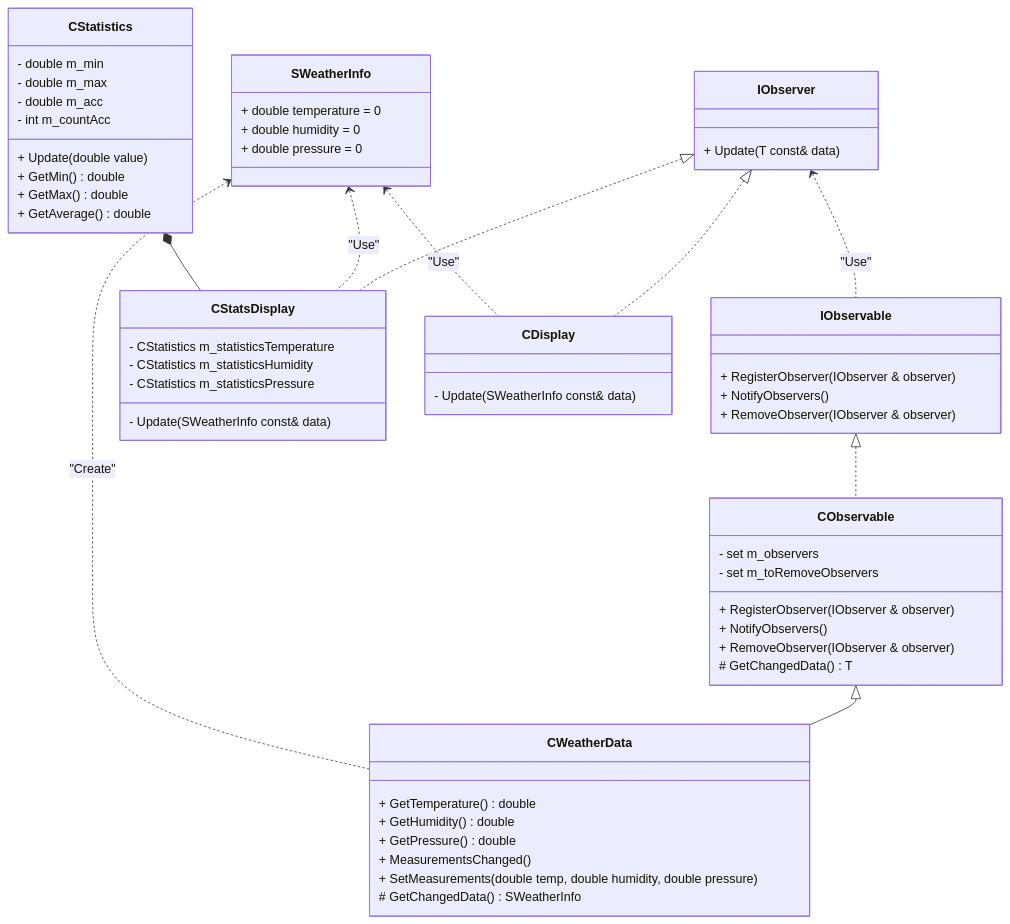
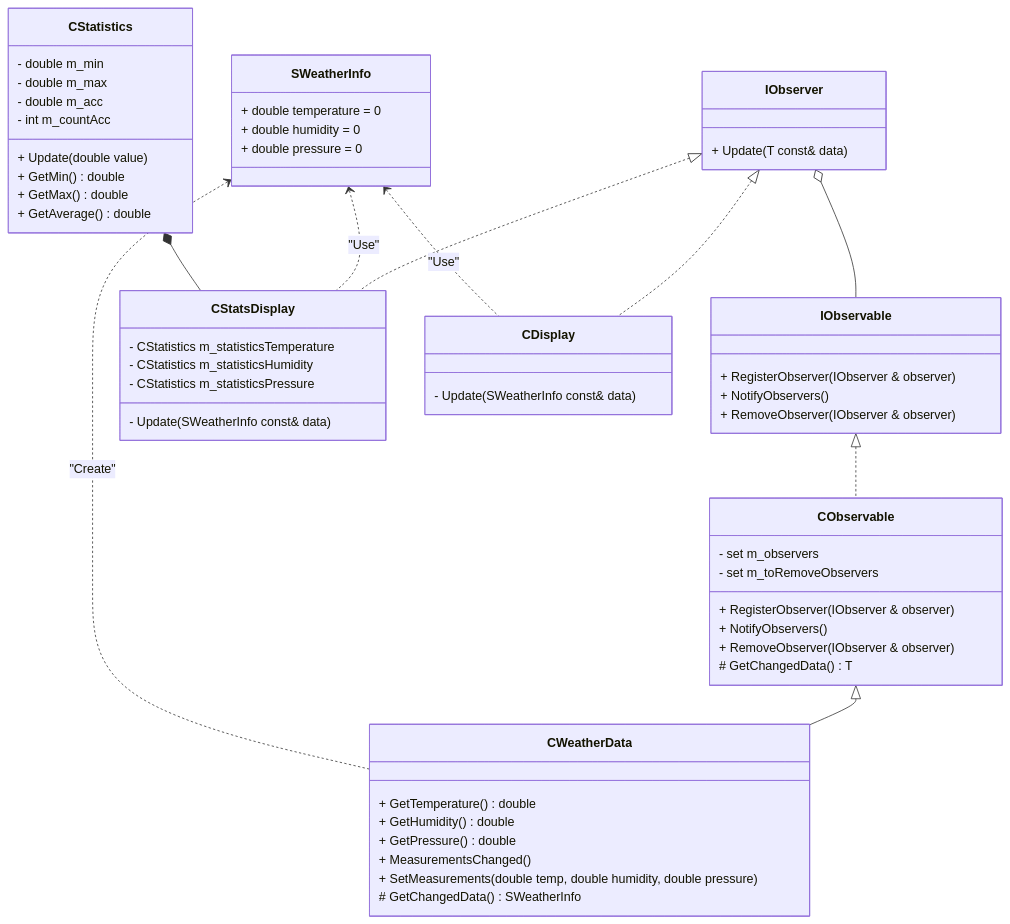
Before and after one commit to 555Jeka555/OOD-labs: the second of 3 diagrams in lab2/1/docs.md, drawn with Mermaid. The commit also changed other lines of this file, not shown here.

````diff
--- a/lab2/1/docs.md
+++ b/lab2/1/docs.md
@@ -73,73 +73,73 @@
 ```mermaid
 classDiagram
-    IObserver <.. IObservable  : "Use"
+    IObserver o-- IObservable
     IObservable <|.. CObservable 
 
     CObservable <|-- CWeatherData
     SWeatherInfo <.. CWeatherData : "Create"
 
     IObserver <|.. CStatsDisplay
     IObserver <|.. CDisplay
 
     SWeatherInfo <.. CStatsDisplay : "Use"
     SWeatherInfo <.. CDisplay : "Use"
 
     CStatistics *-- CStatsDisplay
 
     class IObserver {
         + Update(T const& data)
     }
 
     class IObservable {
         + RegisterObserver(IObserver<T> & observer)
         + NotifyObservers()
         + RemoveObserver(IObserver<T> & observer)
     }
 
     class CObservable {
         - set<ObserverType*> m_observers
         - set<ObserverType*> m_toRemoveObservers
         + RegisterObserver(IObserver<T> & observer)
         + NotifyObservers()
         + RemoveObserver(IObserver<T> & observer)
         # GetChangedData() T
     }
 
     class CWeatherData {
         + GetTemperature() double
         + GetHumidity() double
         + GetPressure() double
         + MeasurementsChanged()
         + SetMeasurements(double temp, double humidity, double pressure)
         # GetChangedData() SWeatherInfo
     }
 
     class CDisplay {
         - Update(SWeatherInfo const& data)
     }
 
     class CStatsDisplay {
         - Update(SWeatherInfo const& data)
         - CStatistics m_statisticsTemperature
         - CStatistics m_statisticsHumidity
         - CStatistics m_statisticsPressure
     }
 
     class CStatistics {
         + Update(double value)
         + GetMin() double
         + GetMax() double
         + GetAverage() double
         - double m_min
         - double m_max
         - double m_acc
         - int m_countAcc
     }
 
     class SWeatherInfo {
         + double temperature = 0
         + double humidity = 0
         + double pressure = 0
     }
 
 ```
````
